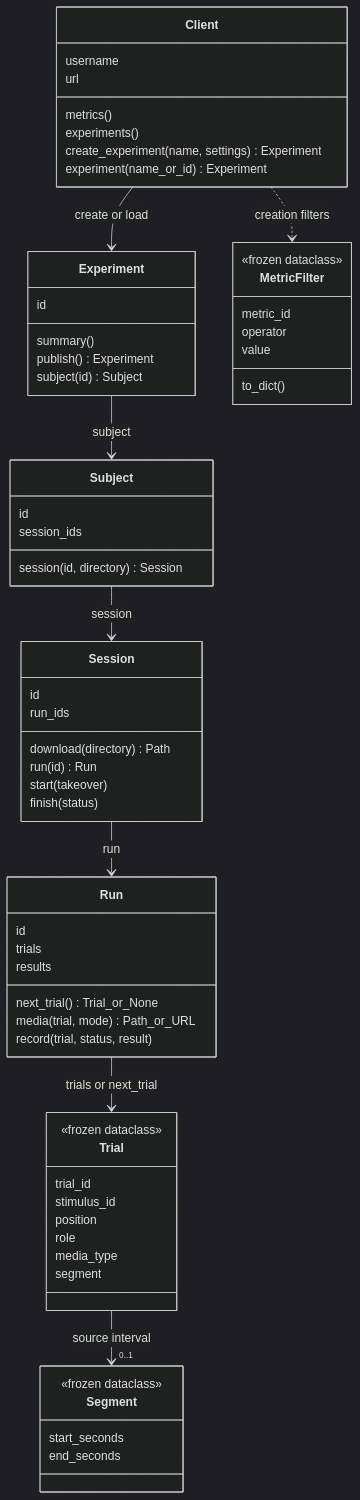
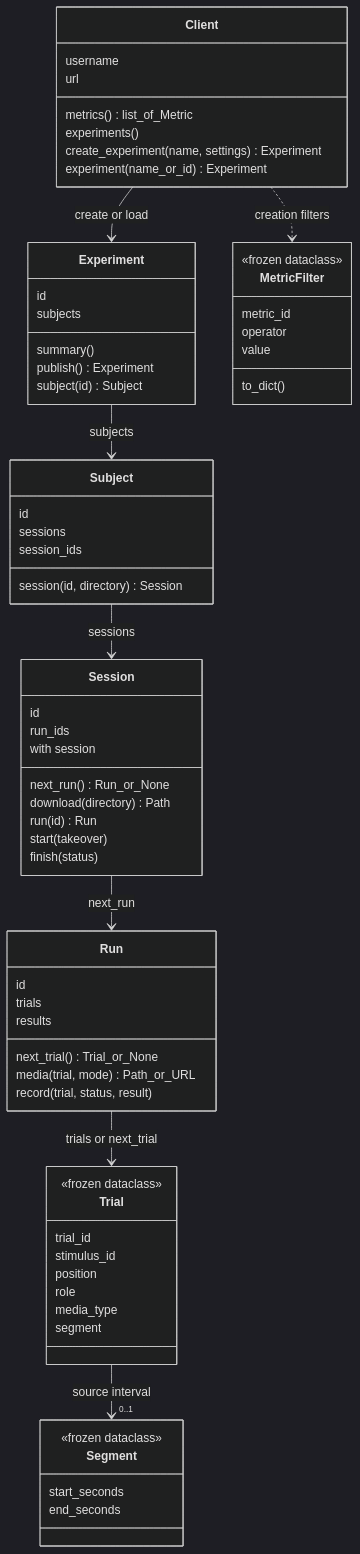
One commit to StanfordDigitalBrainProject/dbstim changed the diagram in docs/api-classes.md. Above: the diagram before and after it, drawn with Mermaid (dark theme). The commit also changed other lines of this file and 20 other files, not shown here.

First line of the commit message:
feat: simplify dbstim and release 0.4.0 with friendlier session, media, and metric APIs (#3)

````diff
--- a/docs/api-classes.md
+++ b/docs/api-classes.md
@@ -6,67 +6,71 @@
 ```mermaid
 classDiagram
     direction TB
     class Client {
         username
         url
-        metrics()
+        metrics() list_of_Metric
         experiments()
         create_experiment(name, settings) Experiment
         experiment(name_or_id) Experiment
     }
     class Experiment {
         id
         summary()
+        subjects
         publish() Experiment
         subject(id) Subject
     }
     class Subject {
         id
+        sessions
         session_ids
         session(id, directory) Session
     }
     class Session {
         id
         run_ids
+        with session
+        next_run() Run_or_None
         download(directory) Path
         run(id) Run
         start(takeover)
         finish(status)
     }
     class Run {
         id
         trials
         results
         next_trial() Trial_or_None
         media(trial, mode) Path_or_URL
         record(trial, status, result)
     }
     class Trial {
         <<frozen dataclass>>
         trial_id
         stimulus_id
         position
         role
         media_type
         segment
     }
     class Segment {
         <<frozen dataclass>>
         start_seconds
         end_seconds
     }
     class MetricFilter {
         <<frozen dataclass>>
         metric_id
         operator
         value
         to_dict()
     }
     Client --> Experiment : create or load
-    Experiment --> Subject : subject
-    Subject --> Session : session
-    Session --> Run : run
+    Experiment --> Subject : subjects
+    Subject --> Session : sessions
+    Session --> Run : next_run
     Run --> Trial : trials or next_trial
     Trial --> "0..1" Segment : source interval
     Client ..> MetricFilter : creation filters
 ```
````
